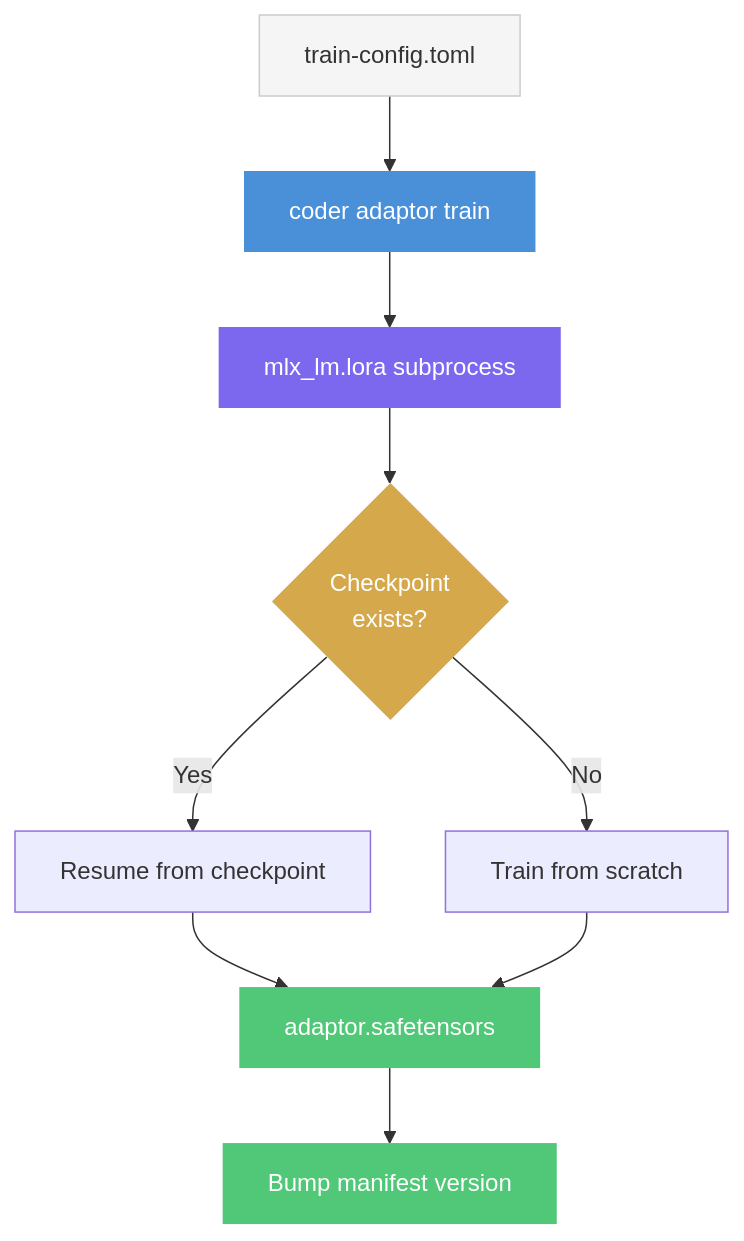
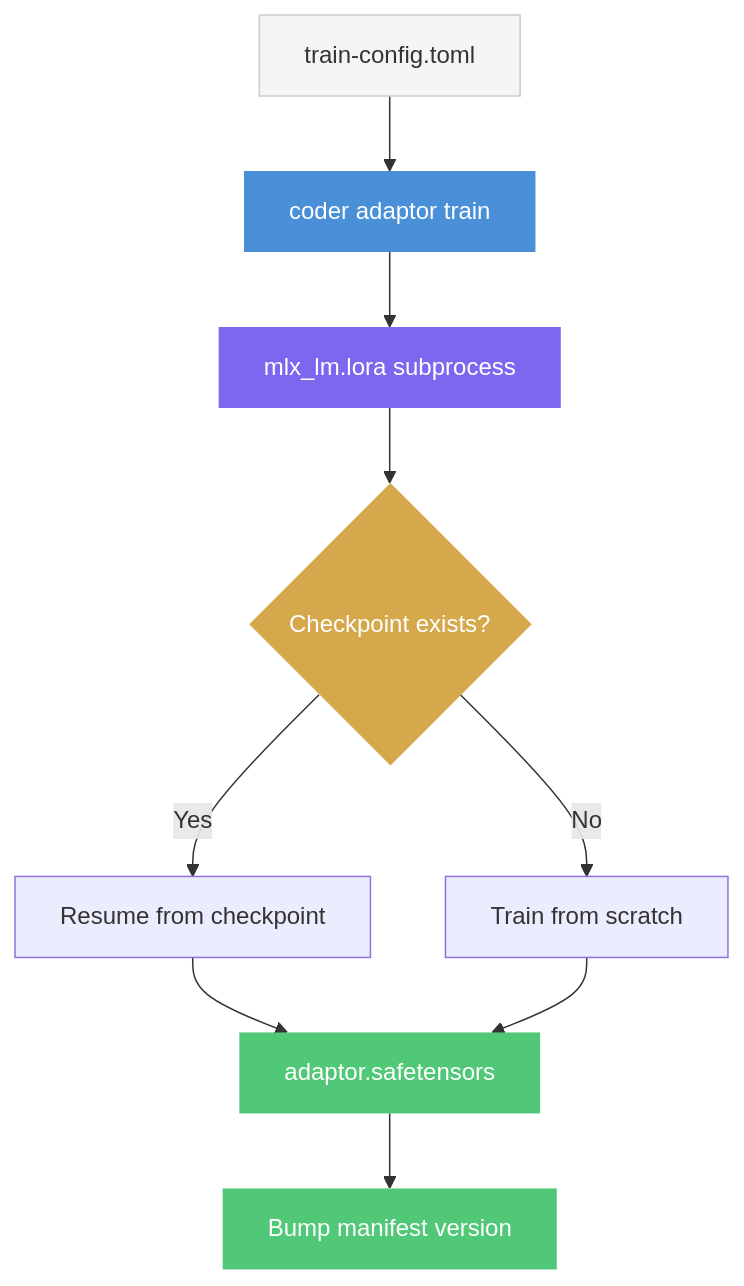
One commit to falese/coder changed the second of 4 diagrams in README.md. Above: the diagram before and after it, drawn with Mermaid. The commit also changed other lines of this file, not shown here.

First line of the commit message:
Fix Mermaid diagrams in README: remove HTML entities and tags breaking parser

````diff
--- a/README.md
+++ b/README.md
@@ -214,18 +214,18 @@
 ```mermaid
 graph TD
     A["train-config.toml"] --> B["coder adaptor train"]
     B --> C["mlx_lm.lora subprocess"]
-    C --> D{"Checkpoint<br/>exists?"}
+    C --> D{"Checkpoint exists?"}
     D -- Yes --> E["Resume from checkpoint"]
     D -- No --> F["Train from scratch"]
     E --> G["adaptor.safetensors"]
     F --> G
     G --> H["Bump manifest version"]
 
     style A fill:#F5F5F5,color:#333,stroke:#CCC
     style B fill:#4A90D9,color:#fff,stroke:none
     style C fill:#7B68EE,color:#fff,stroke:none
     style D fill:#D4A84B,color:#fff,stroke:none
     style G fill:#50C878,color:#fff,stroke:none
     style H fill:#50C878,color:#fff,stroke:none
 ```
````
